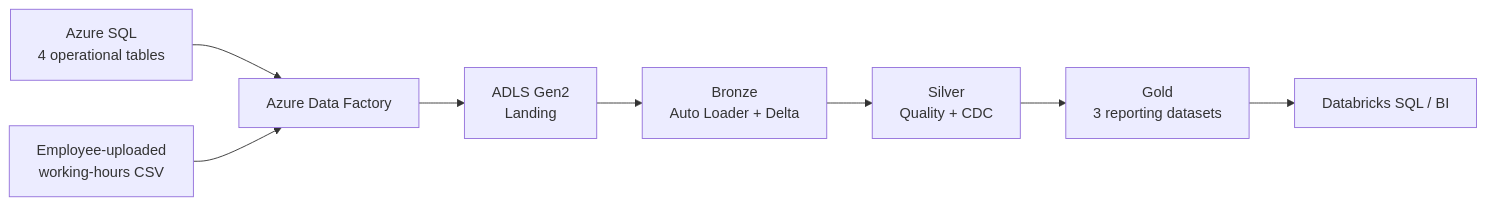
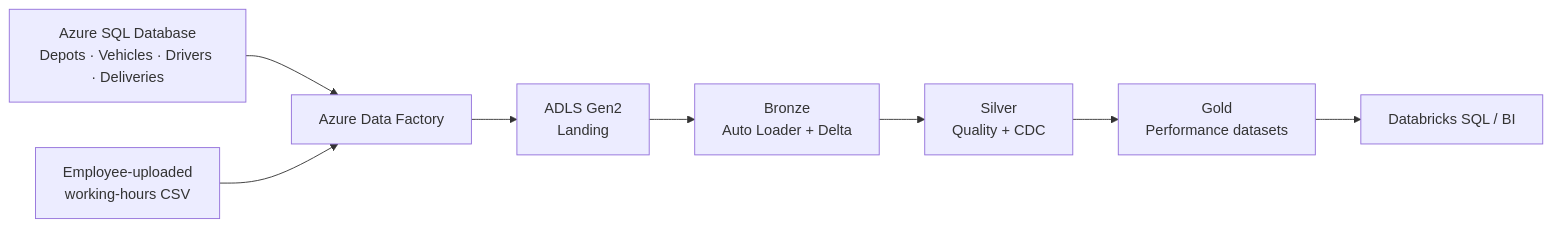
The first of 2 diagrams in README.md (MJRML/Irish-Global-Logistics-Azure-Data-Engineering-Databricks-Lakehouse-and-BI-Platform), drawn with Mermaid before and after one commit. The commit also changed other lines of this file, not shown here.

````diff
--- a/README.md
+++ b/README.md
@@ -51,16 +39,19 @@
-``` mermaid
+```mermaid
 flowchart LR
-    SQL["Azure SQL<br/>4 operational tables"]
-    FILES["Employee-uploaded<br/>working-hours CSV"]
+    SQL["Azure SQL Database<br/>Depots · Vehicles · Drivers · Deliveries"]
+    UPLOAD["Employee-uploaded<br/>working-hours CSV"]
     ADF["Azure Data Factory"]
-    LAKE["ADLS Gen2<br/>Landing"]
+    ADLS["ADLS Gen2<br/>Landing"]
     BRONZE["Bronze<br/>Auto Loader + Delta"]
     SILVER["Silver<br/>Quality + CDC"]
-    GOLD["Gold<br/>3 reporting datasets"]
+    GOLD["Gold<br/>Performance datasets"]
     BI["Databricks SQL / BI"]
 
     SQL --> ADF
-    FILES --> ADF
-    ADF --> LAKE
-    LAKE --> BRONZE --> SILVER --> GOLD --> BI
+    UPLOAD --> ADF
+    ADF --> ADLS
+    ADLS --> BRONZE
+    BRONZE --> SILVER
+    SILVER --> GOLD
+    GOLD --> BI
 ```
````
